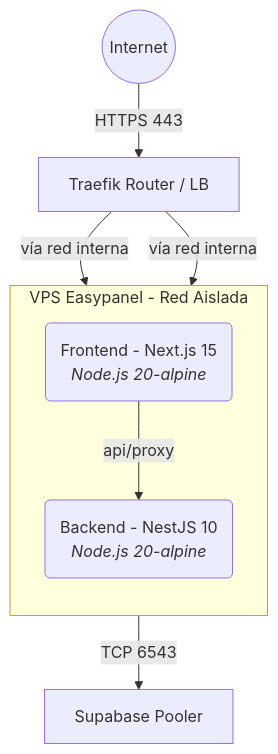
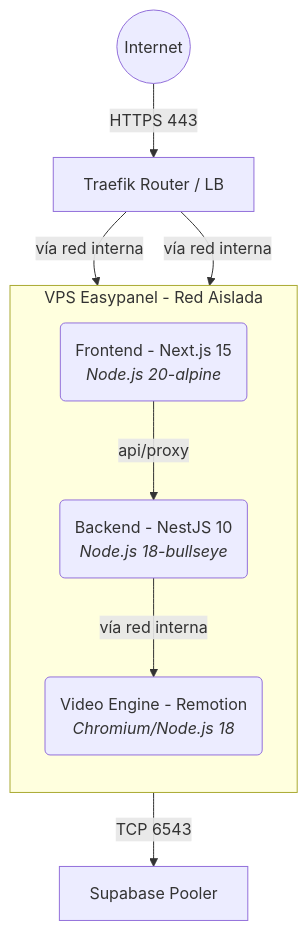
The diagram in 05_infraestructura_docker.md (tadtaxiadvertising/tad-dooh-platform), drawn with Mermaid before and after one commit. The commit also changed other lines of this file and 5 other files, not shown here.

Commit message:
docs: update all technical documentation to v8.0.0 (Decoupled Architecture)

````diff
--- a/05_infraestructura_docker.md
+++ b/05_infraestructura_docker.md
@@ -13,15 +13,17 @@
 ```mermaid
 graph TD
     subInternet((Internet)) --> |HTTPS 443| Traefik[Traefik Router / LB]
     Traefik --> |vía red interna| NextContainer[tad-dashboard]
     Traefik --> |vía red interna| NestContainer[tad-api]
     
     subgraph Easypanel [VPS Easypanel - Red Aislada]
-        direction TB
-        NextContainer(Frontend - Next.js 15<br><i>Node.js 20-alpine</i>)
-        NestContainer(Backend - NestJS 10<br><i>Node.js 20-alpine</i>)
+    direction TB
+    NextContainer(Frontend - Next.js 15<br><i>Node.js 20-alpine</i>)
+    NestContainer(Backend - NestJS 10<br><i>Node.js 18-bullseye</i>)
+    RemotionService(Video Engine - Remotion<br><i>Chromium/Node.js 18</i>)
     end
     
+    NestContainer --> |vía red interna| RemotionService
     NestContainer --> |TCP 6543| Supavisor[Supabase Pooler]
     NextContainer --> |api/proxy| NestContainer
 ```
````
